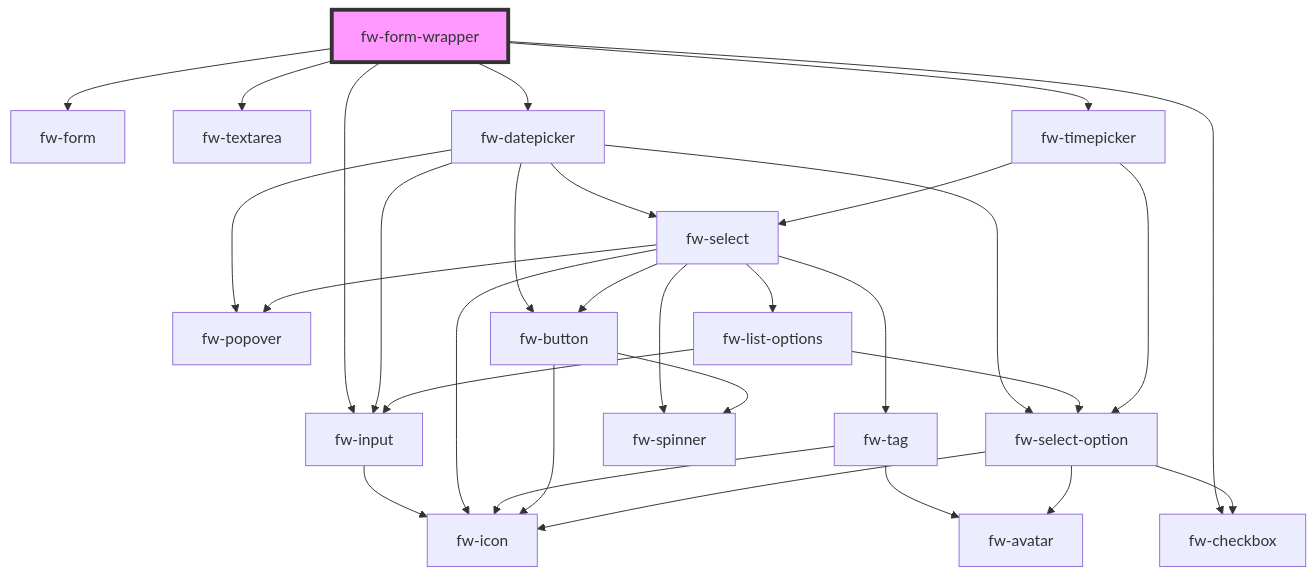
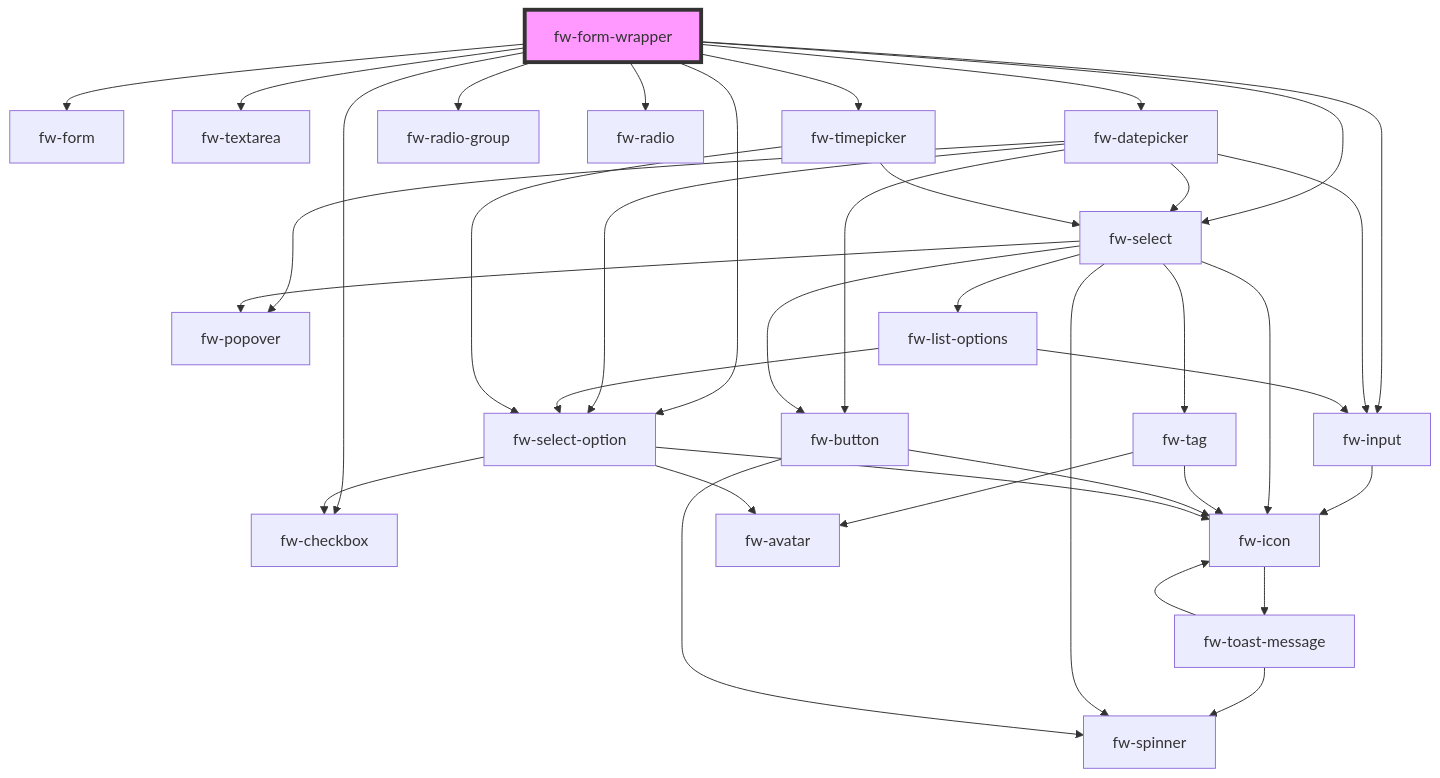
One commit to freshworks/crayons changed the diagram in packages/crayons-core/src/components/form-wrapper/readme.md. Above: the diagram before and after it, drawn with Mermaid. The commit also changed other lines of this file and 11 other files, not shown here.

Commit message:
feat(fw-form): form handlers added for select

````diff
--- a/packages/crayons-core/src/components/form-wrapper/readme.md
+++ b/packages/crayons-core/src/components/form-wrapper/readme.md
@@ -30,33 +34,40 @@
 ```mermaid
 graph TD;
   fw-form-wrapper --> fw-form
   fw-form-wrapper --> fw-input
   fw-form-wrapper --> fw-textarea
   fw-form-wrapper --> fw-datepicker
+  fw-form-wrapper --> fw-checkbox
+  fw-form-wrapper --> fw-radio-group
+  fw-form-wrapper --> fw-radio
+  fw-form-wrapper --> fw-select
+  fw-form-wrapper --> fw-select-option
   fw-form-wrapper --> fw-timepicker
-  fw-form-wrapper --> fw-checkbox
   fw-input --> fw-icon
+  fw-icon --> fw-toast-message
+  fw-toast-message --> fw-spinner
+  fw-toast-message --> fw-icon
   fw-datepicker --> fw-popover
   fw-datepicker --> fw-input
   fw-datepicker --> fw-select
   fw-datepicker --> fw-select-option
   fw-datepicker --> fw-button
   fw-select --> fw-tag
   fw-select --> fw-popover
   fw-select --> fw-button
   fw-select --> fw-spinner
   fw-select --> fw-icon
   fw-select --> fw-list-options
   fw-tag --> fw-avatar
   fw-tag --> fw-icon
   fw-button --> fw-spinner
   fw-button --> fw-icon
   fw-list-options --> fw-select-option
   fw-list-options --> fw-input
   fw-select-option --> fw-icon
   fw-select-option --> fw-checkbox
   fw-select-option --> fw-avatar
   fw-timepicker --> fw-select
   fw-timepicker --> fw-select-option
   style fw-form-wrapper fill:#f9f,stroke:#333,stroke-width:4px
 ```
````
